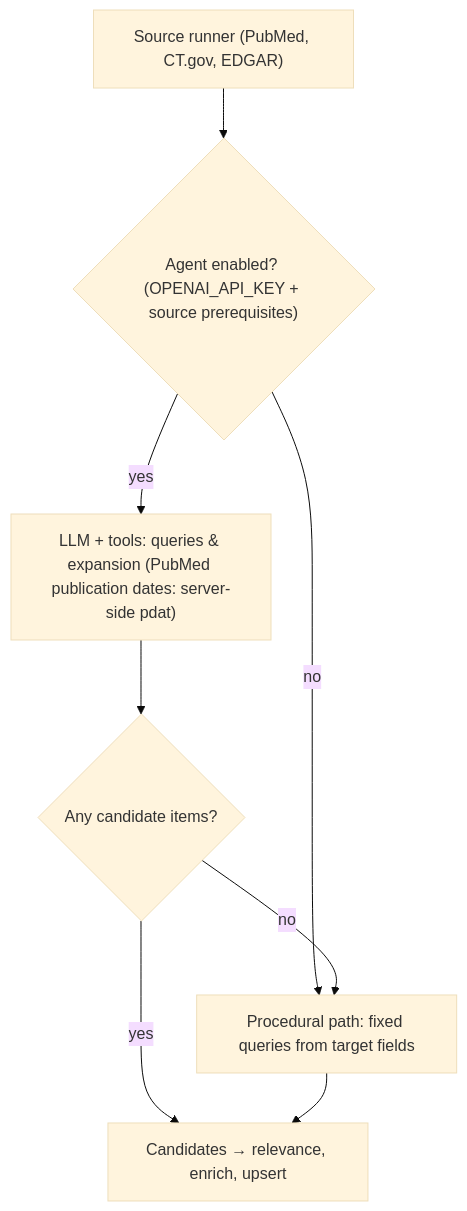
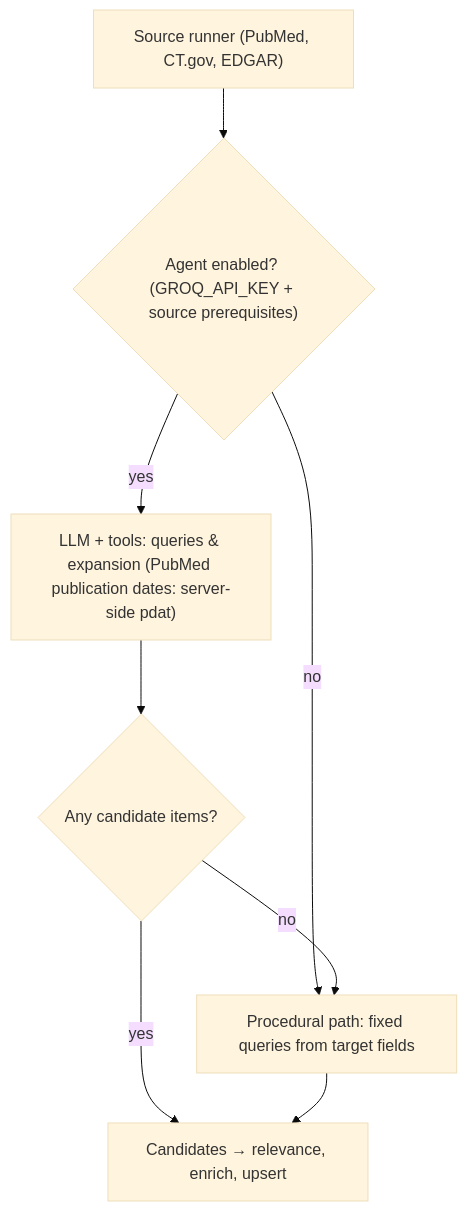
One commit to nll-ai/compass changed the second of 2 diagrams in docs/system-flow-llm-usage.md. Above: the diagram before and after it, drawn with Mermaid (base theme). The commit also changed other lines of this file and 197 other files, not shown here.

````diff
--- a/docs/system-flow-llm-usage.md
+++ b/docs/system-flow-llm-usage.md
@@ -113,10 +113,10 @@
 ```mermaid
 flowchart TD
-  R["Source runner (PubMed, CT.gov, EDGAR)"] --> Gate{"Agent enabled? (OPENAI_API_KEY + source prerequisites)"}
+  R["Source runner (PubMed, CT.gov, EDGAR)"] --> Gate{"Agent enabled? (GROQ_API_KEY + source prerequisites)"}
   Gate -->|no| P["Procedural path: fixed queries from target fields"]
   Gate -->|yes| A["LLM + tools: queries & expansion (PubMed publication dates: server-side pdat)"]
   A --> Any{"Any candidate items?"}
   Any -->|yes| Out["Candidates → relevance, enrich, upsert"]
   Any -->|no| P
   P --> Out
 ```
````
